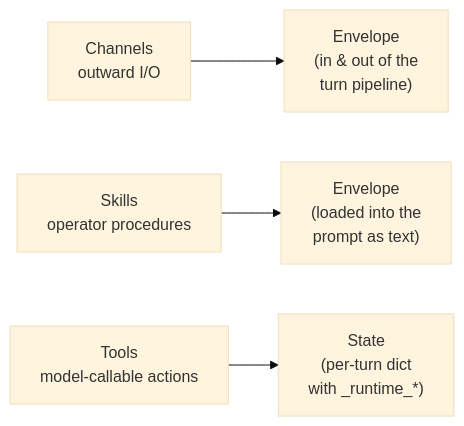
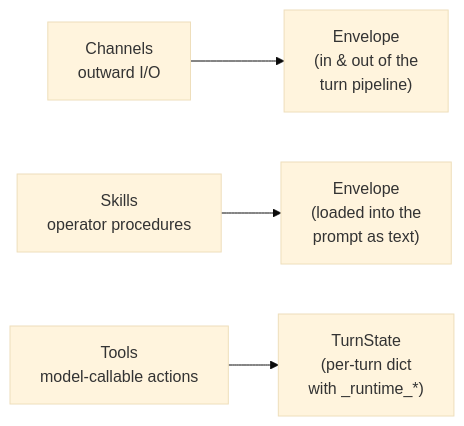
One commit to bubbuild/bub changed the diagram in website/src/content/docs/docs/concepts/surfaces.mdx. Above: the diagram before and after it, drawn with Mermaid (base theme). The commit also changed other lines of this file and 55 other files, not shown here.

````diff
--- a/website/src/content/docs/docs/concepts/surfaces.mdx
+++ b/website/src/content/docs/docs/concepts/surfaces.mdx
@@ -14,6 +14,6 @@
 ```mermaid
 flowchart LR
   channels["Channels<br/>outward I/O"] --> envelope_io["Envelope<br/>(in & out of the<br/>turn pipeline)"]
   skills["Skills<br/>operator procedures"] --> envelope_prompt["Envelope<br/>(loaded into the<br/>prompt as text)"]
-  tools["Tools<br/>model-callable actions"] --> state["State<br/>(per-turn dict<br/>with _runtime_*)"]
+  tools["Tools<br/>model-callable actions"] --> state["TurnState<br/>(per-turn dict<br/>with _runtime_*)"]
 ```
````
